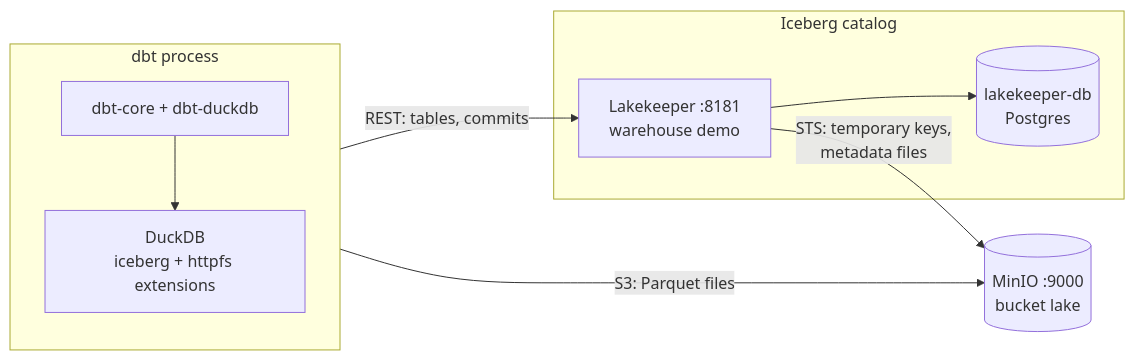
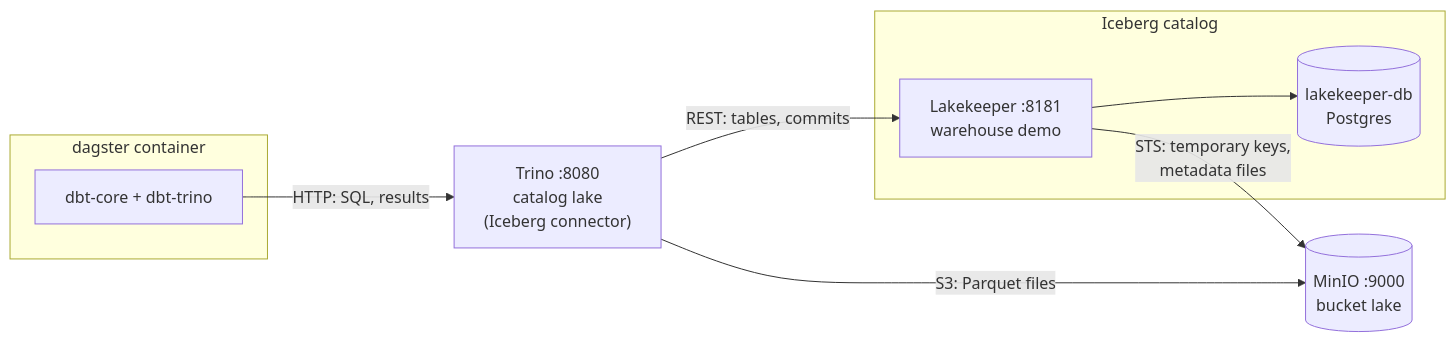
Before and after one commit to jeremiah-wa/iceberg-elt-demo: the first of 3 diagrams in transform/docs/architecture.md, drawn with Mermaid. The commit also changed other lines of this file and 3 other files, not shown here.

````diff
--- a/transform/docs/architecture.md
+++ b/transform/docs/architecture.md
@@ -21,21 +21,21 @@
 ```mermaid
 flowchart LR
-    subgraph dbtproc["dbt process"]
-        direction TB
-        dbt["dbt-core + dbt-duckdb"]
-        duck["DuckDB<br/>iceberg + httpfs extensions"]
-        dbt --> duck
+    subgraph dagster["dagster container"]
+        dbt["dbt-core + dbt-trino"]
     end
+
+    trino["Trino :8080<br/>catalog lake<br/>(Iceberg connector)"]
 
     subgraph catalog["Iceberg catalog"]
         lk["Lakekeeper :8181<br/>warehouse demo"]
         pg[("lakekeeper-db<br/>Postgres")]
         lk --> pg
     end
 
     minio[("MinIO :9000<br/>bucket lake")]
 
-    duck -- "REST: tables, commits" --> lk
-    duck -- "S3: Parquet files" --> minio
+    dbt -- "HTTP: SQL, results" --> trino
+    trino -- "REST: tables, commits" --> lk
+    trino -- "S3: Parquet files" --> minio
     lk -- "STS: temporary keys,<br/>metadata files" --> minio
 ```
````
